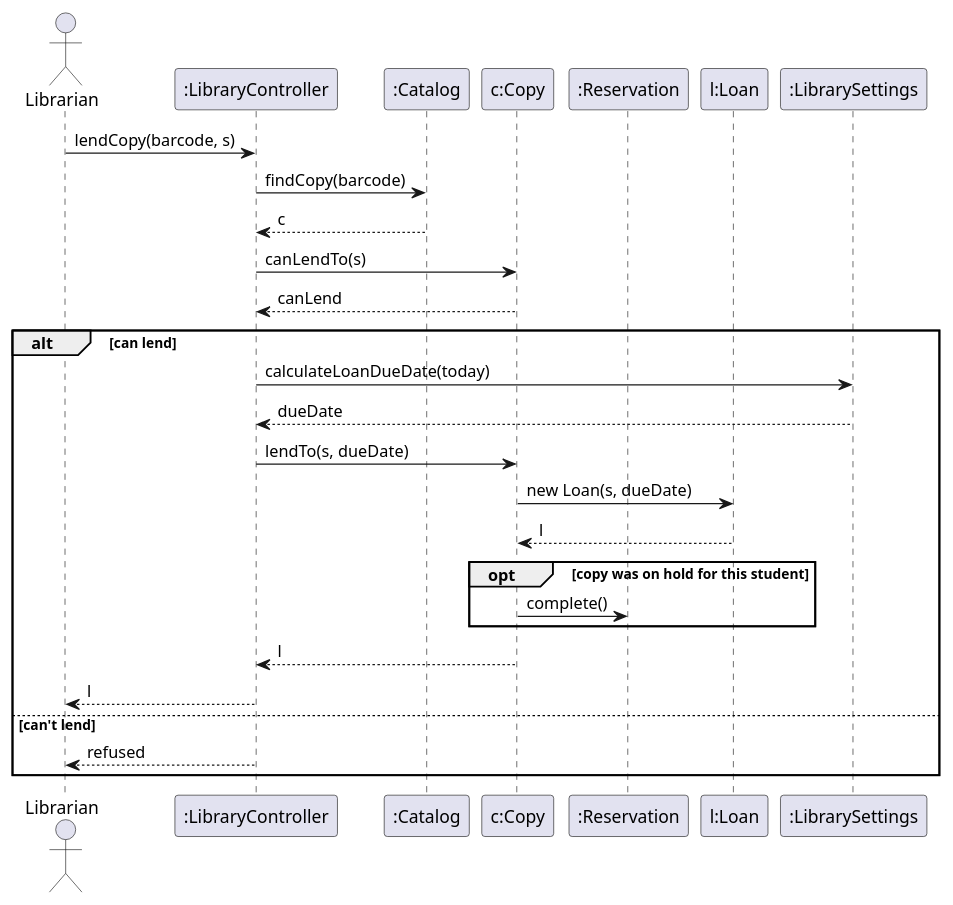
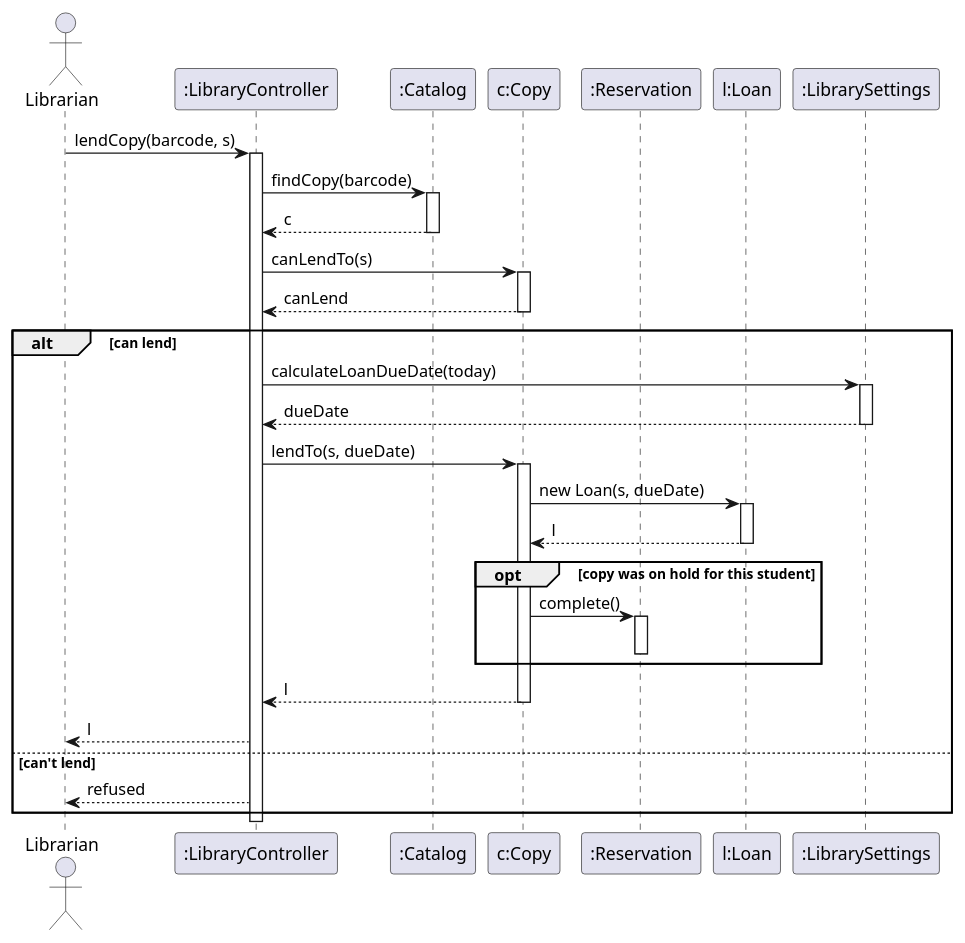
The diagram in docs/uml/seq-handing-out-copy.puml (erionelezaj/LibrarySystem-SW-Design-Principles), drawn with PlantUML before and after one commit. The commit also changed 4 other files, not shown here.

Commit message:
Added the part 1 Deliverable PDF: Contains The project description, the in/out scope list, screenshots of our class diagram and seqeuence diagram, and lastly the three design risks we found

```diff
--- a/docs/uml/seq-handing-out-copy.puml
+++ b/docs/uml/seq-handing-out-copy.puml
@@ -1,44 +1,58 @@
 @startuml HandingOutCopy
 actor Librarian
 
 participant ":LibraryController" as controller
 participant ":Catalog" as catalog
 participant "c:Copy" as copy
 participant ":Reservation" as reservation
 participant "l:Loan" as loan
 participant ":LibrarySettings"  as settings
 
 
 
 Librarian -> controller: lendCopy(barcode, s)
+activate controller
 
 controller -> catalog: findCopy(barcode)
+activate catalog
 catalog --> controller: c
+deactivate catalog
 
 controller -> copy: canLendTo(s)
+activate copy
 copy --> controller: canLend
+deactivate copy
 
 alt  can lend
     controller -> settings: calculateLoanDueDate(today)
+    activate settings
     settings --> controller: dueDate
+    deactivate settings
 
     controller -> copy: lendTo(s, dueDate)
+    activate copy
     copy -> loan: new Loan(s, dueDate)
+    activate loan
     loan --> copy: l
+    deactivate loan
 
     opt copy was on hold for this student
         copy  -> reservation: complete()
+        activate reservation
+        deactivate reservation
     end
 
     copy --> controller: l
+    deactivate copy
 
     controller --> Librarian: l
 
 
 
 else  can't lend
     controller --> Librarian: refused
 end
 
+deactivate controller
 
 @enduml
```
